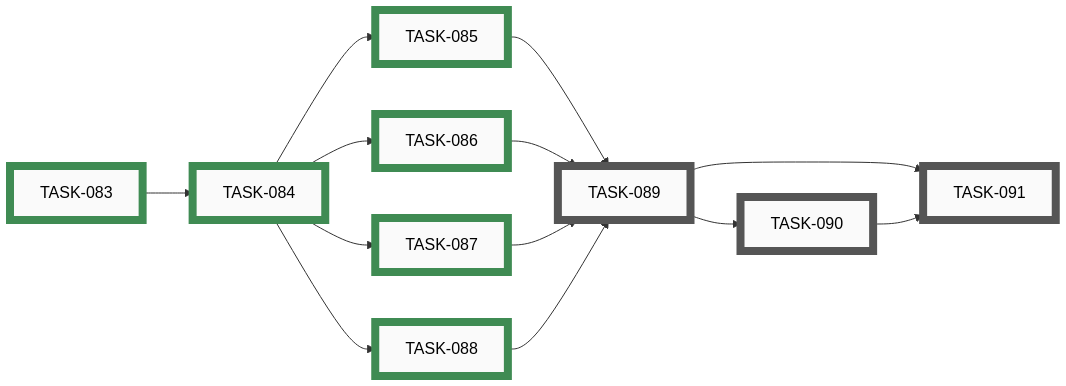
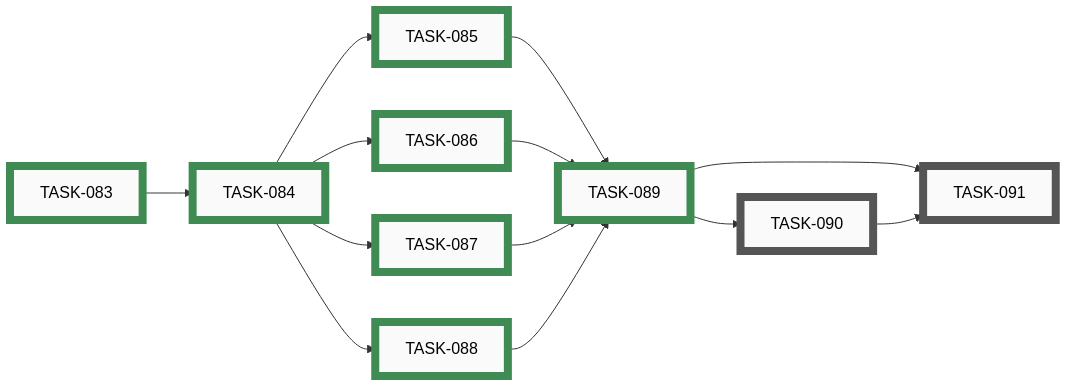
Diagram 11 of 15 in docs/developers/tasks/EPICS.md (tgd1975/CircuitSmith), drawn with Mermaid before and after one commit. The commit also changed other lines of this file and 5 other files, not shown here.

First line of the commit message:
close TASK-089: write the top-level coverage matrix

````diff
--- a/docs/developers/tasks/EPICS.md
+++ b/docs/developers/tasks/EPICS.md
@@ -661,41 +661,41 @@
 ```mermaid
 graph LR
-    TASK_089["TASK-089"]:::open
     TASK_090["TASK-090"]:::open
     TASK_091["TASK-091"]:::open
     TASK_083["TASK-083"]:::closed
     TASK_084["TASK-084"]:::closed
     TASK_085["TASK-085"]:::closed
     TASK_086["TASK-086"]:::closed
     TASK_087["TASK-087"]:::closed
     TASK_088["TASK-088"]:::closed
-    TASK_085 --> TASK_089
-    TASK_086 --> TASK_089
-    TASK_087 --> TASK_089
-    TASK_088 --> TASK_089
+    TASK_089["TASK-089"]:::closed
     TASK_089 --> TASK_090
     TASK_089 --> TASK_091
     TASK_090 --> TASK_091
     TASK_083 --> TASK_084
     TASK_084 --> TASK_085
     TASK_084 --> TASK_086
     TASK_084 --> TASK_087
     TASK_084 --> TASK_088
-    click TASK_089 "open/task-089-write-top-level-coverage-matrix.md"
+    TASK_085 --> TASK_089
+    TASK_086 --> TASK_089
+    TASK_087 --> TASK_089
+    TASK_088 --> TASK_089
     click TASK_090 "open/task-090-file-followup-tasks-for-coverage-gaps.md"
     click TASK_091 "open/task-091-ci-staleness-check-for-test-plan.md"
     click TASK_083 "closed/task-083-scaffold-testing-docs-directory.md"
     click TASK_084 "closed/task-084-inventory-existing-test-surface.md"
     click TASK_085 "closed/task-085-document-schema-and-netgraph-test-plan.md"
     click TASK_086 "closed/task-086-document-layout-and-router-test-plan.md"
     click TASK_087 "closed/task-087-document-renderer-and-erc-test-plan.md"
     click TASK_088 "closed/task-088-document-exporters-orchestration-ci-test-plan.md"
+    click TASK_089 "closed/task-089-write-top-level-coverage-matrix.md"
     classDef open    fill:#FAFAFA,stroke:#555,stroke-width:8px,color:#000
     classDef active  fill:#FAFAFA,stroke:#1A6FA8,stroke-width:8px,color:#000
     classDef closed  fill:#FAFAFA,stroke:#3F8B53,stroke-width:8px,color:#000
     classDef paused  fill:#FAFAFA,stroke:#B07810,stroke-width:8px,color:#000
     classDef openExt    fill:#000,stroke:#888,stroke-width:8px,color:#FFF
     classDef activeExt  fill:#000,stroke:#3FA9F5,stroke-width:8px,color:#FFF
     classDef closedExt  fill:#000,stroke:#7CC68A,stroke-width:8px,color:#FFF
     classDef pausedExt  fill:#000,stroke:#F0B030,stroke-width:8px,color:#FFF
 ```
````
